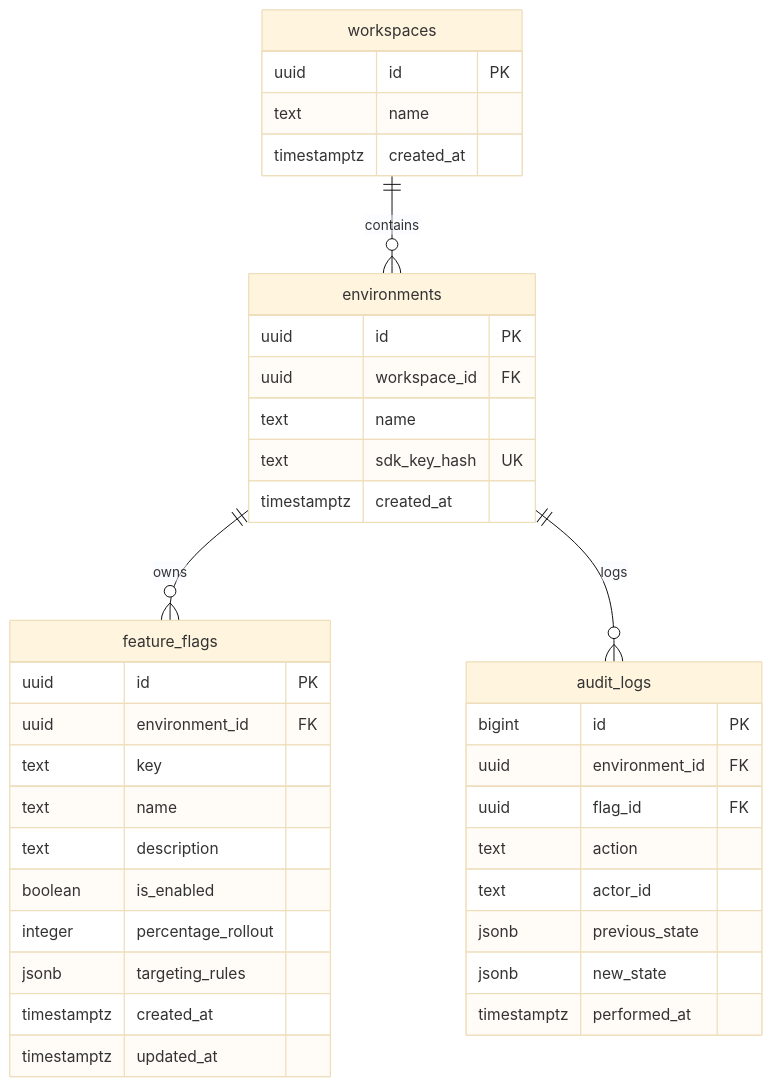
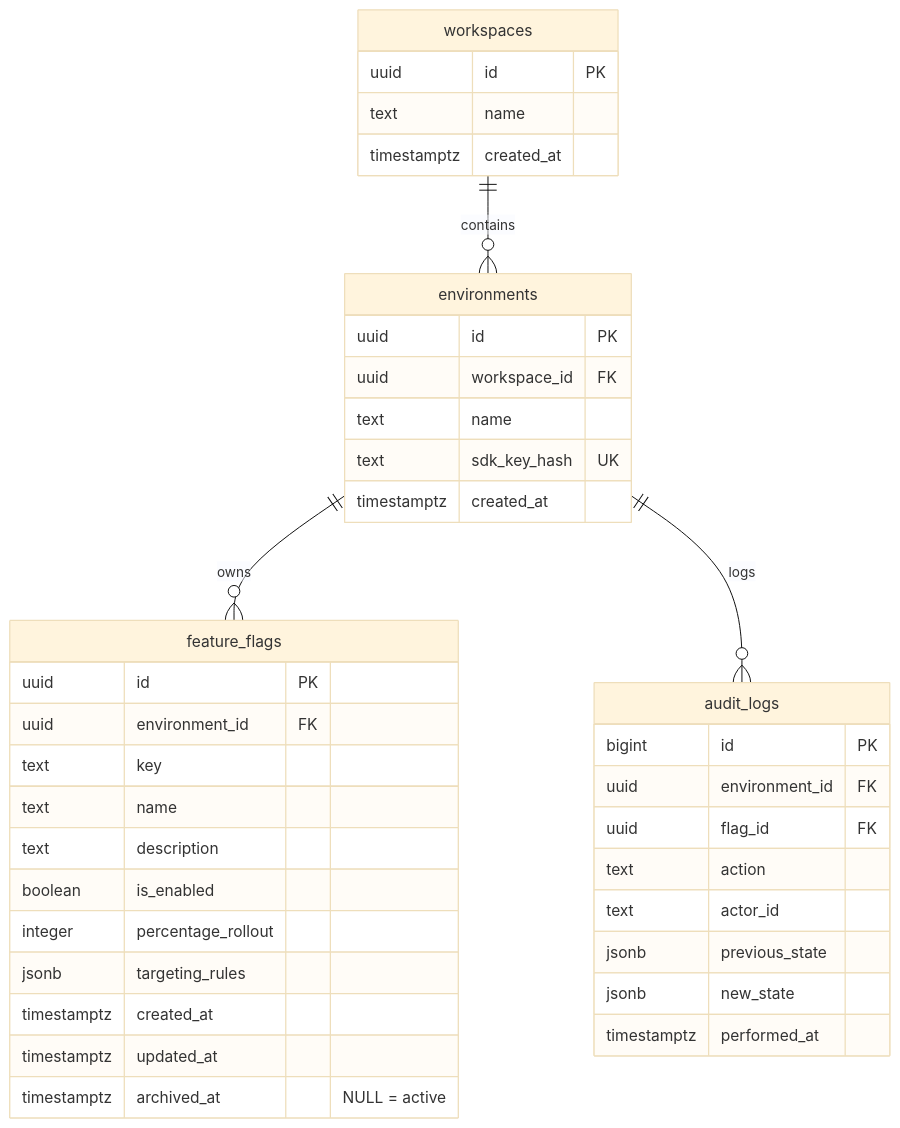
The second of 2 diagrams in docs/01-srs.md (oleksandrdvukr/FlagForge), drawn with Mermaid (base theme) before and after one commit. The commit also changed other lines of this file, not shown here.

````diff
--- a/docs/01-srs.md
+++ b/docs/01-srs.md
@@ -162,44 +162,45 @@
 ```mermaid
 erDiagram
   workspaces {
     uuid id PK
     text name
     timestamptz created_at
   }
 
   environments {
     uuid id PK
     uuid workspace_id FK
     text name
     text sdk_key_hash UK
     timestamptz created_at
   }
 
   feature_flags {
     uuid id PK
     uuid environment_id FK
     text key
     text name
     text description
     boolean is_enabled
     integer percentage_rollout
     jsonb targeting_rules
     timestamptz created_at
     timestamptz updated_at
+    timestamptz archived_at "NULL = active"
   }
 
   audit_logs {
     bigint id PK
     uuid environment_id FK
     uuid flag_id FK
     text action
     text actor_id
     jsonb previous_state
     jsonb new_state
     timestamptz performed_at
   }
 
   workspaces ||--o{ environments : "contains"
   environments ||--o{ feature_flags : "owns"
   environments ||--o{ audit_logs : "logs"
 ```
````
